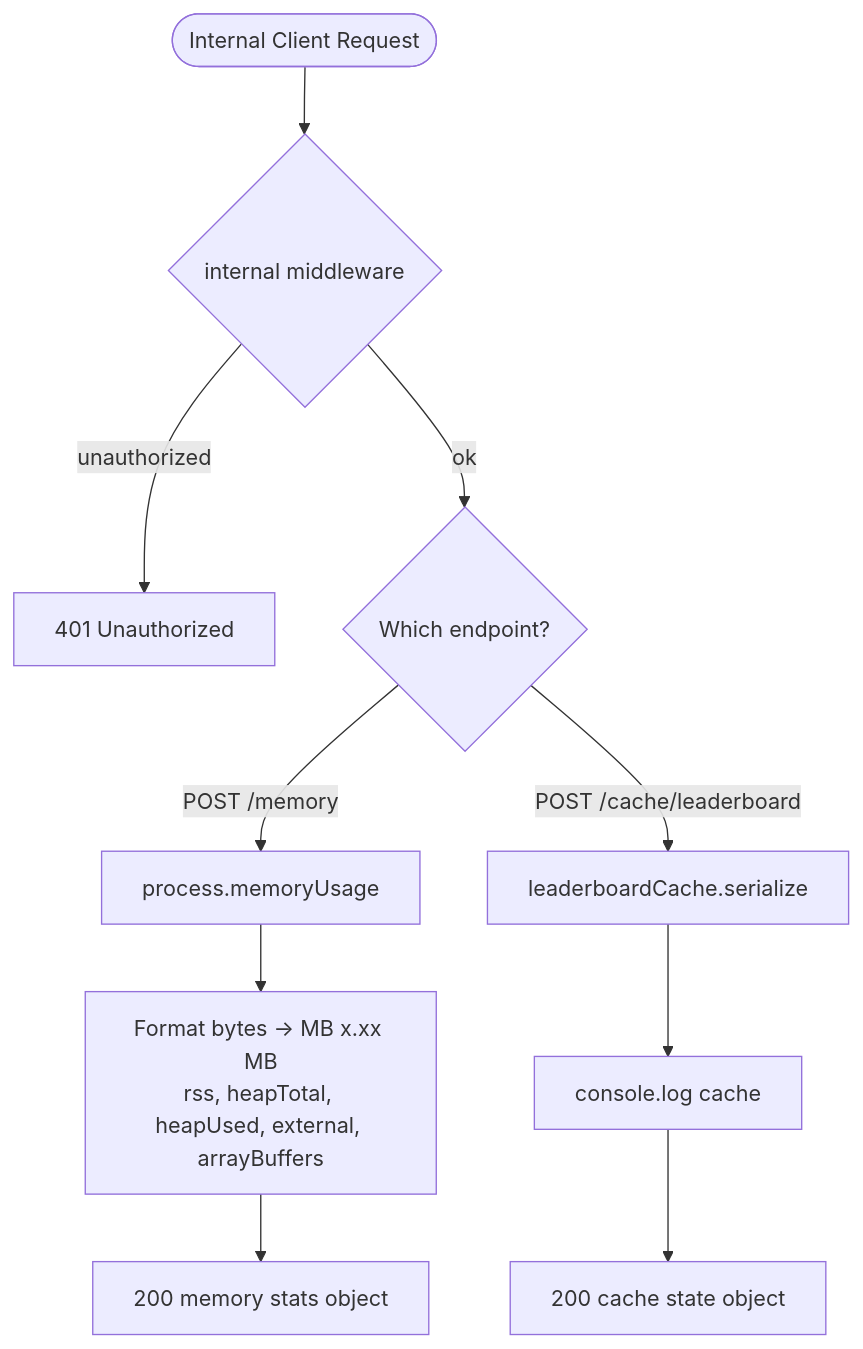
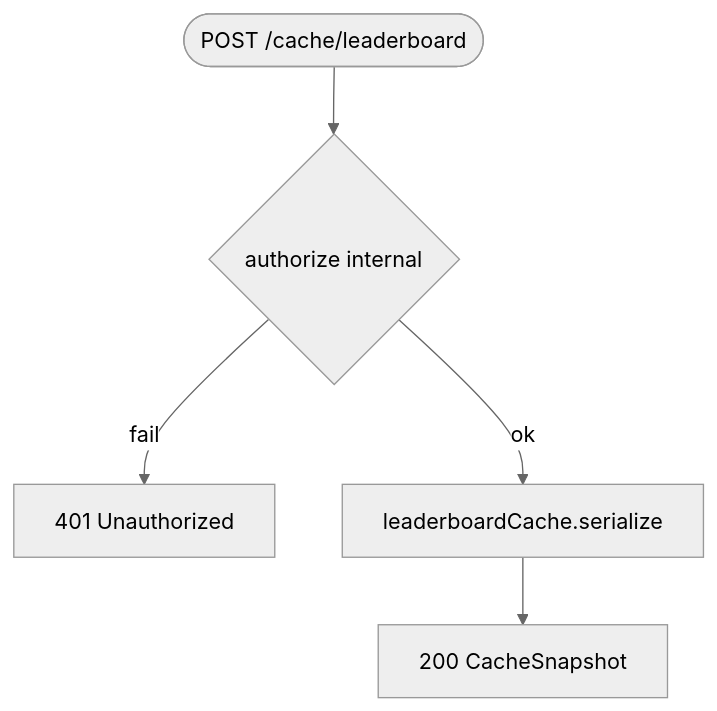
Before and after one commit to christphralden/magic-nugger-app: the second of 2 diagrams in docs/diagrams/internal/flowchart.md, drawn with Mermaid. The commit also changed other lines of this file and 15 other files, not shown here.

Commit message:
feat(docs): flowchart and seq diagram

````diff
--- a/docs/diagrams/internal/flowchart.md
+++ b/docs/diagrams/internal/flowchart.md
@@ -9,16 +23,8 @@
 ```mermaid
+%%{init: {'theme': 'neutral'}}%%
 flowchart TD
-    REQ([Internal Client Request]) --> AUTH{internal middleware}
-    AUTH -->|unauthorized| E401[401 Unauthorized]
-    AUTH -->|ok| EP{Which endpoint?}
-
-    %% --- POST /memory ---
-    EP -->|POST /memory| MEM[process.memoryUsage]
-    MEM --> MEM_FMT["Format bytes → MB x.xx MB\nrss, heapTotal, heapUsed, external, arrayBuffers"]
-    MEM_FMT --> MEM200[200 memory stats object]
-
-    %% --- POST /cache/leaderboard ---
-    EP -->|POST /cache/leaderboard| CACHE[leaderboardCache.serialize]
-    CACHE --> CACHE_LOG[console.log cache]
-    CACHE_LOG --> CACHE200[200 cache state object]
+    START([POST /cache/leaderboard]) --> AUTH{authorize internal}
+    AUTH -->|fail| E401[401 Unauthorized]
+    AUTH -->|ok| CACHE[leaderboardCache.serialize]
+    CACHE --> R200[200 CacheSnapshot]
 ```
````
